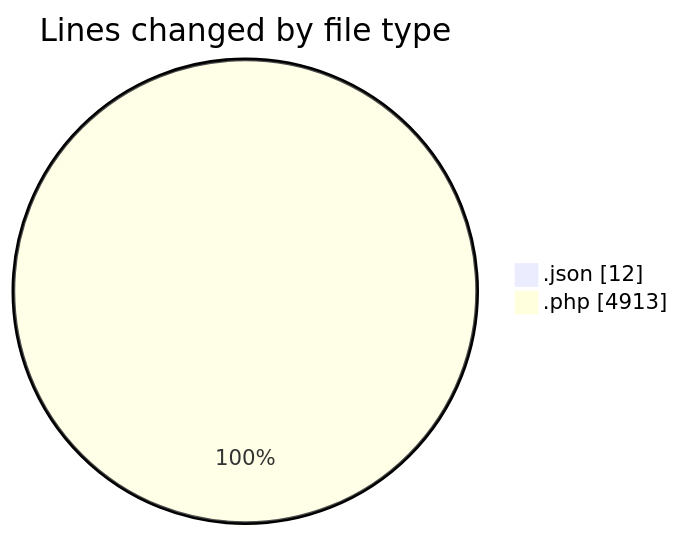
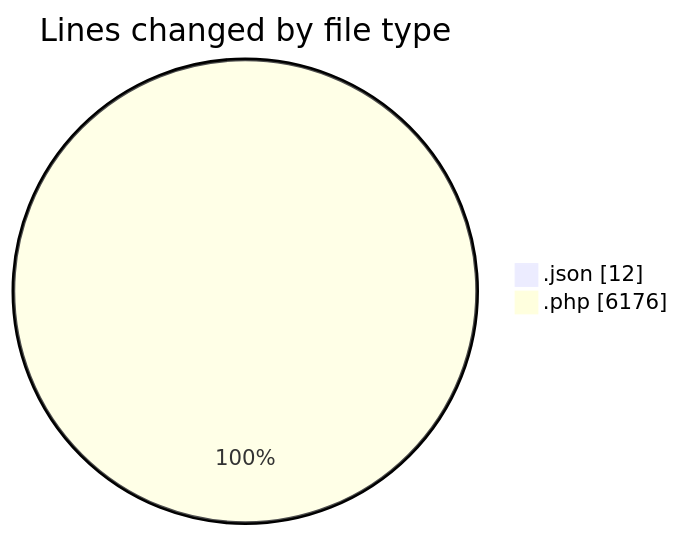
One commit to vahidmafi/code-tracking changed the first of 2 diagrams in 2025-01-24/zeytoon/README.md. Above: the diagram before and after it, drawn with Mermaid. The commit also changed other lines of this file and 1 other file, not shown here.

````diff
--- a/2025-01-24/zeytoon/README.md
+++ b/2025-01-24/zeytoon/README.md
@@ -23,6 +26,6 @@
 ```mermaid
 pie showData
 title Lines changed by file type
 ".json" : 12
-".php" : 4913
+".php" : 6176
 ```
````
